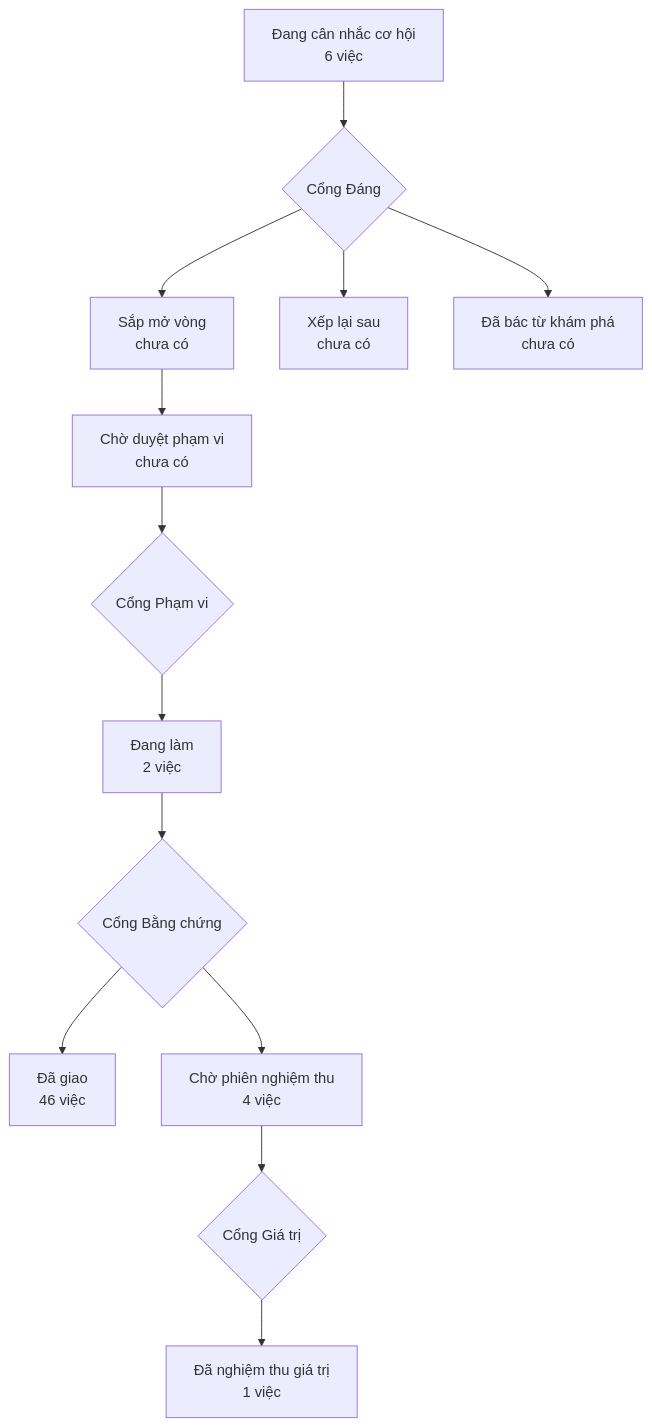
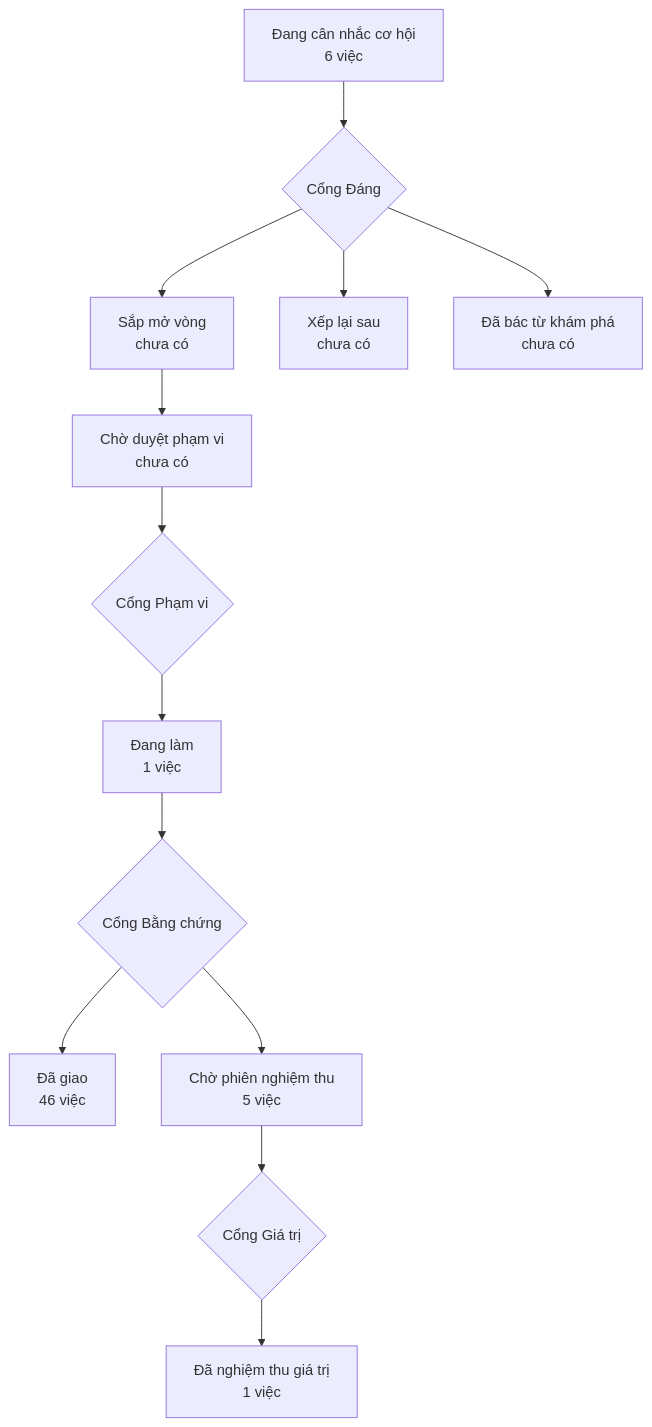
One commit to phanlemanh/crm-onehub changed the diagram in PRODUCT-MAP.md. Above: the diagram before and after it, drawn with Mermaid. The commit also changed 3 other files, not shown here.

````diff
--- a/PRODUCT-MAP.md
+++ b/PRODUCT-MAP.md
@@ -6,12 +6,12 @@
 ```mermaid
 flowchart TD
   A["Đang cân nhắc cơ hội<br/>6 việc"] --> GD{"Cổng Đáng"}
   GD --> B["Sắp mở vòng<br/>chưa có"]
   GD --> XL["Xếp lại sau<br/>chưa có"]
   GD --> DB["Đã bác từ khám phá<br/>chưa có"]
   B --> CD["Chờ duyệt phạm vi<br/>chưa có"] --> GP{"Cổng Phạm vi"}
-  GP --> DL["Đang làm<br/>2 việc"] --> GB{"Cổng Bằng chứng"}
+  GP --> DL["Đang làm<br/>1 việc"] --> GB{"Cổng Bằng chứng"}
   GB --> DG["Đã giao<br/>46 việc"]
-  GB --> CN["Chờ phiên nghiệm thu<br/>4 việc"] --> GG{"Cổng Giá trị"}
+  GB --> CN["Chờ phiên nghiệm thu<br/>5 việc"] --> GG{"Cổng Giá trị"}
   GG --> NT["Đã nghiệm thu giá trị<br/>1 việc"]
 ```
````
